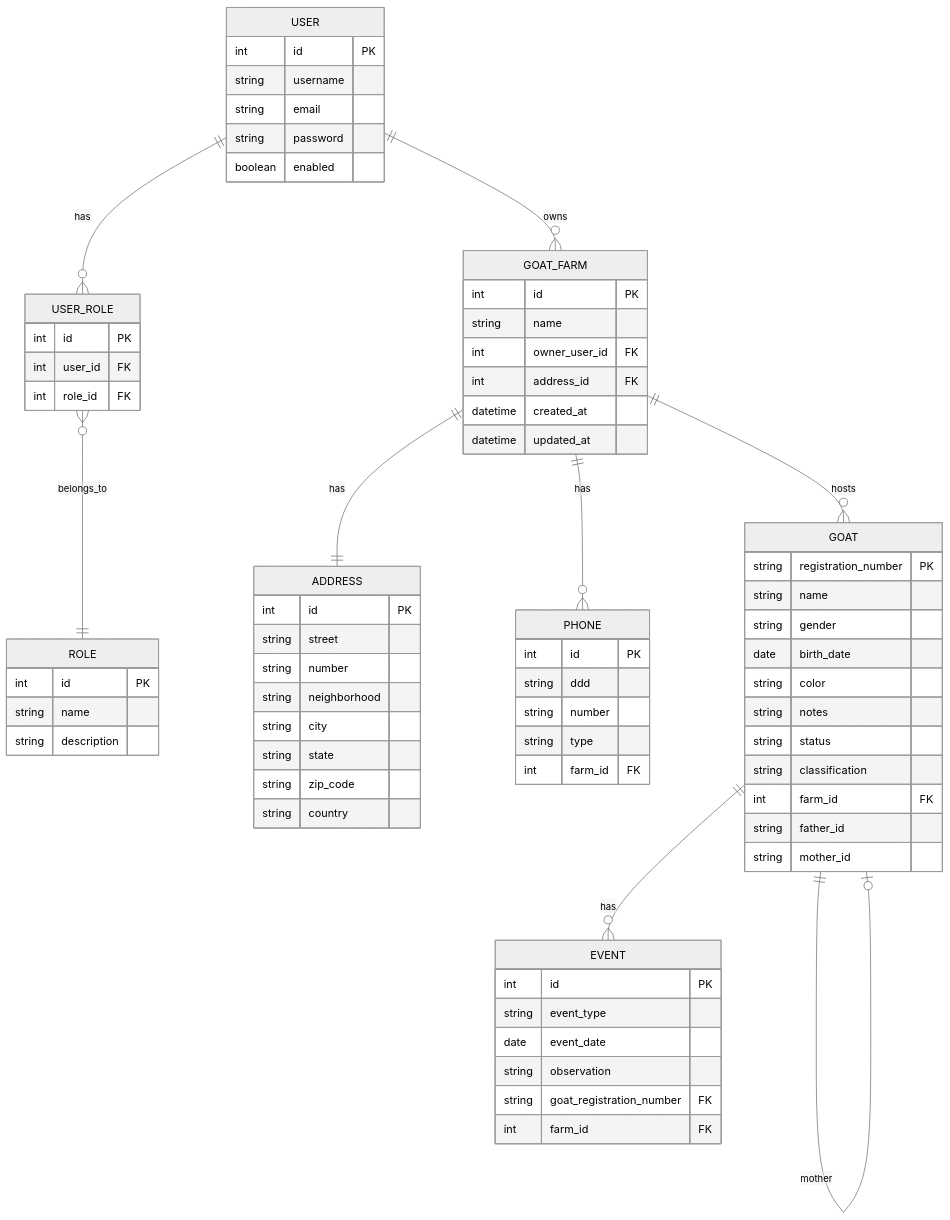
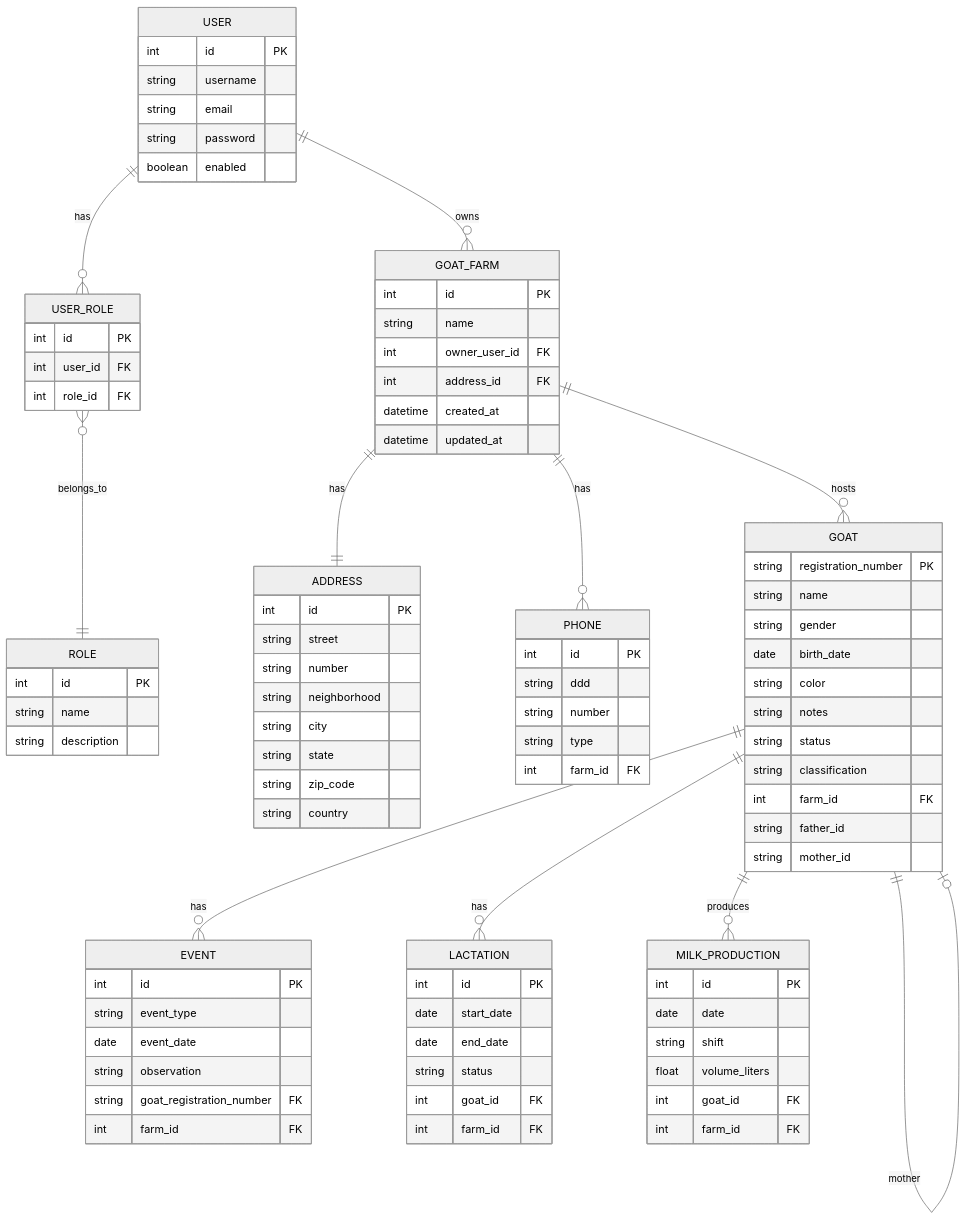
One commit to AlbertoVilar/caprigestor-backend changed the first of 2 diagrams in README.md. Above: the diagram before and after it, drawn with Mermaid (neutral theme). The commit also changed other lines of this file and 3 other files, not shown here.

Commit message:
docs: update README, UML and documentation with MilkProduction and Lactation modules

````diff
--- a/README.md
+++ b/README.md
@@ -191,6 +192,8 @@
   GOAT_FARM ||--o{ PHONE : has
   GOAT_FARM ||--o{ GOAT : hosts
   GOAT ||--o{ EVENT : has
+  GOAT ||--o{ LACTATION : has
+  GOAT ||--o{ MILK_PRODUCTION : produces
   GOAT ||--o| GOAT : father
   GOAT ||--o| GOAT : mother
 
@@ -264,4 +267,22 @@
     string goat_registration_number FK
     int farm_id FK
   }
+
+  LACTATION {
+    int id PK
+    date start_date
+    date end_date
+    string status
+    int goat_id FK
+    int farm_id FK
+  }
+
+  MILK_PRODUCTION {
+    int id PK
+    date date
+    string shift
+    float volume_liters
+    int goat_id FK
+    int farm_id FK
+  }
 ```
````
